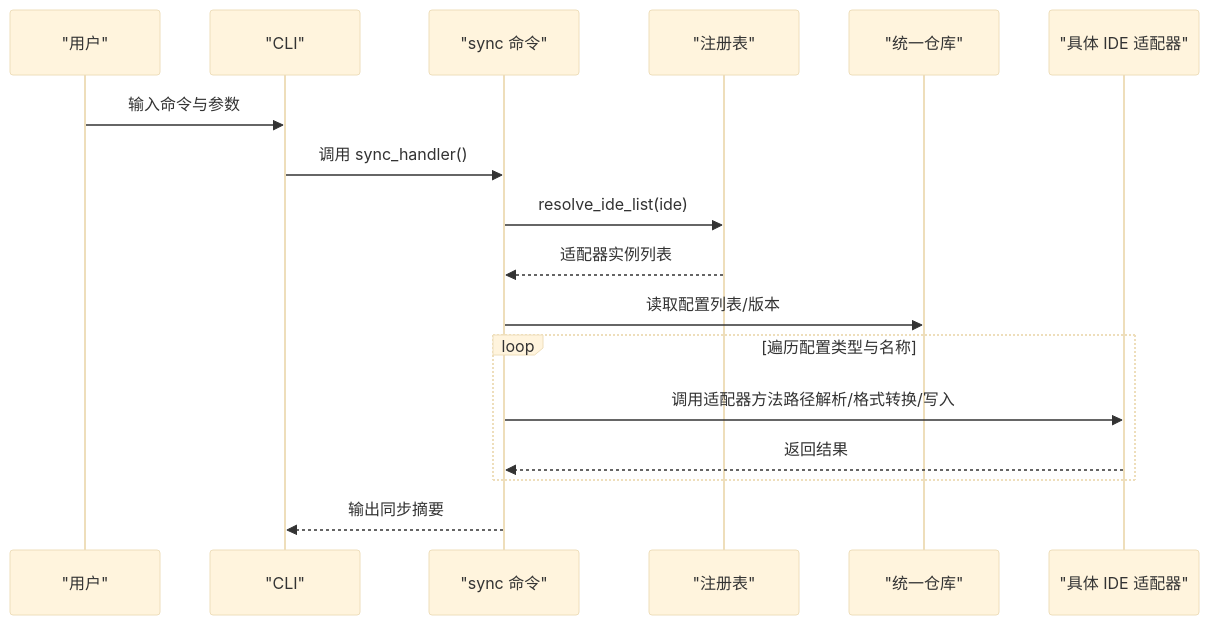
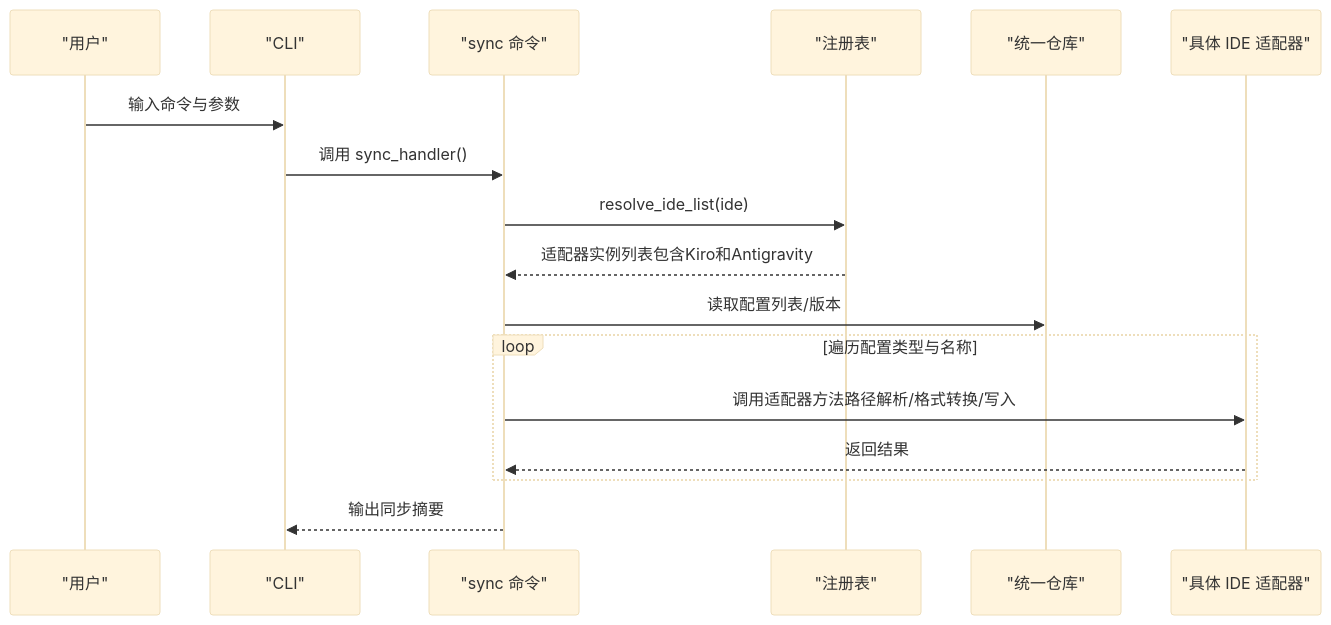
Before and after one commit to MapleWan/MSR: the second of 6 diagrams in .qoder/repowiki/zh/content/IDE适配器/适配器注册与管理.md, drawn with Mermaid (base theme). The commit also changed other lines of this file and 5 other files, not shown here.

````diff
--- a/.qoder/repowiki/zh/content/IDE适配器/适配器注册与管理.md
+++ b/.qoder/repowiki/zh/content/IDE适配器/适配器注册与管理.md
@@ -123,19 +146,19 @@
 ```mermaid
 sequenceDiagram
 participant User as "用户"
 participant CLI as "CLI"
 participant Sync as "sync 命令"
 participant Reg as "注册表"
 participant Repo as "统一仓库"
 participant IDE as "具体 IDE 适配器"
 User->>CLI : 输入命令与参数
 CLI->>Sync : 调用 sync_handler()
 Sync->>Reg : resolve_ide_list(ide)
-Reg-->>Sync : 适配器实例列表
+Reg-->>Sync : 适配器实例列表包含Kiro和Antigravity
 Sync->>Repo : 读取配置列表/版本
 loop 遍历配置类型与名称
 Sync->>IDE : 调用适配器方法路径解析/格式转换/写入
 IDE-->>Sync : 返回结果
 end
 Sync-->>CLI : 输出同步摘要
 ```
````
